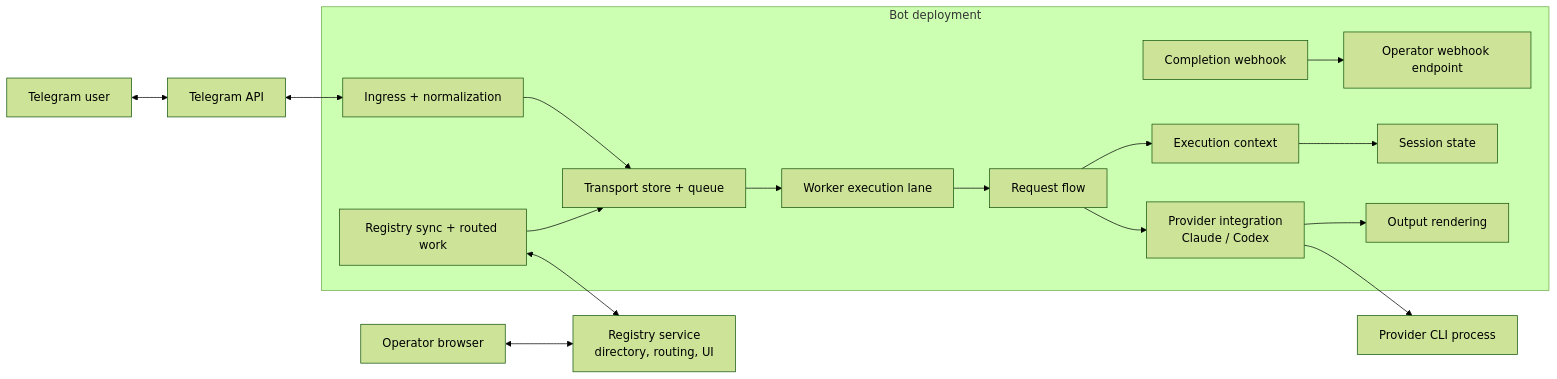
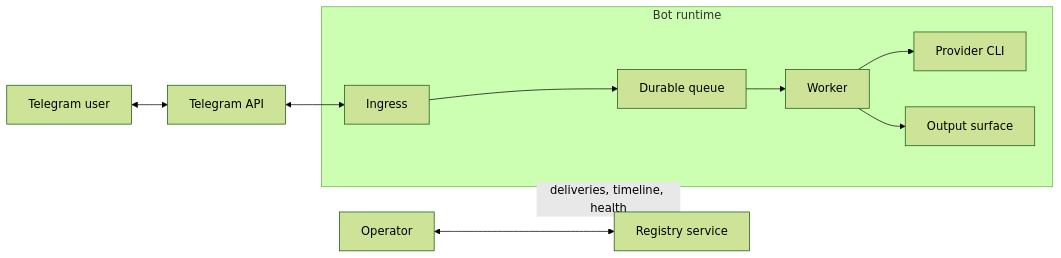
The first of 3 diagrams in docs/ARCHITECTURE.md (privacynow/octopus), drawn with Mermaid (forest theme) before and after one commit. The commit also changed other lines of this file and 36 other files, not shown here.

Commit message:
Streamline repo surface and operator docs

````diff
--- a/docs/ARCHITECTURE.md
+++ b/docs/ARCHITECTURE.md
@@ -88,33 +17,15 @@
 ```mermaid
 flowchart LR
     U["Telegram user"] <--> TG["Telegram API"]
-    OB["Operator browser"] <--> REG["Registry service<br/>directory, routing, UI"]
-    WHK["Operator webhook endpoint"]
+    OPS["Operator"] <--> REG["Registry service"]
 
-    subgraph BOT["Bot deployment"]
-        IN["Ingress + normalization"]
-        QUEUE["Transport store + queue"]
-        WORKER["Worker execution lane"]
-        STATE["Session state"]
-        FLOW["Request flow"]
-        EXEC["Execution context"]
-        PROV["Provider integration<br/>Claude / Codex"]
-        OUT["Output rendering"]
-        REGSYNC["Registry sync + routed work"]
-        WEBHOOK["Completion webhook"]
-
-        IN --> QUEUE
-        QUEUE --> WORKER
-        WORKER --> FLOW
-        FLOW --> EXEC
-        EXEC --> STATE
-        FLOW --> PROV
-        PROV --> OUT
-        REGSYNC --> QUEUE
-        WEBHOOK --> WHK
+    subgraph BOT["Bot runtime"]
+        IN["Ingress"] --> Q["Durable queue"]
+        Q --> W["Worker"]
+        W --> P["Provider CLI"]
+        W --> OUT["Output surface"]
     end
 
     TG <--> IN
-    REGSYNC <--> REG
-    PROV --> CLI["Provider CLI process"]
+    BOT <-->|"deliveries, timeline, health"| REG
 ```
````
